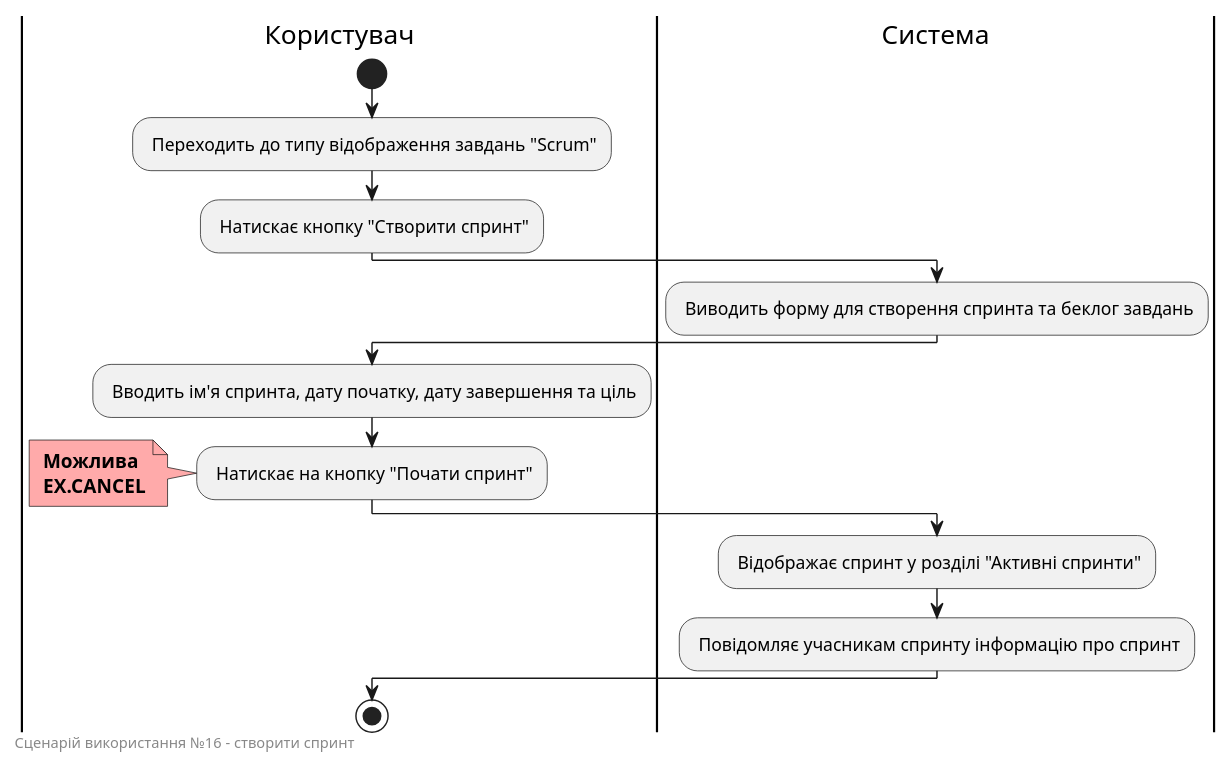
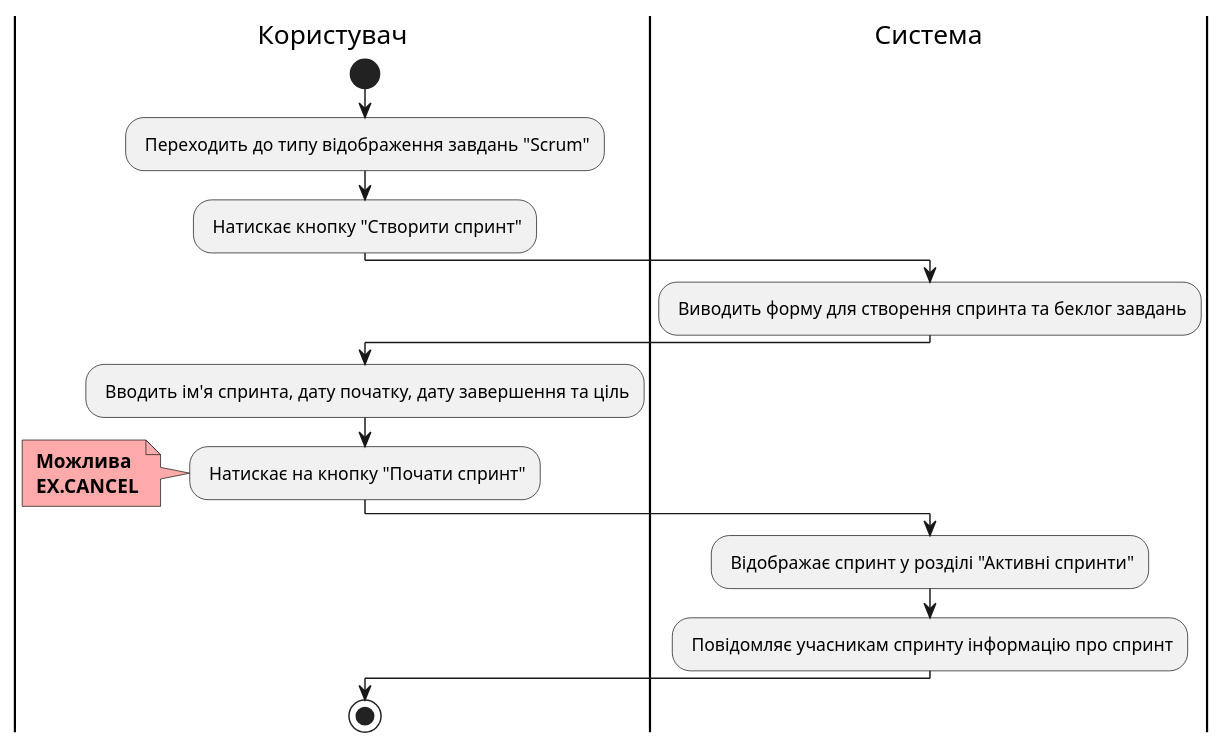
Diagram 14 of 15 in docs/use cases/README.md (edu-db/edu_db_labs), drawn with PlantUML before and after one commit. The commit also changed other lines of this file and 1 other file, not shown here.

```diff
--- a/docs/use cases/README.md
+++ b/docs/use cases/README.md
@@ -576,30 +639,26 @@
 @startuml
 
     |Користувач|
         start
         : Переходить до типу відображення завдань "Scrum";
         : Натискає кнопку "Cтворити спринт";
 
     |Система|
         : Виводить форму для створення спринта та беклог завдань;
 
     |Користувач|
         : Вводить ім'я спринта, дату початку, дату завершення та ціль;
         : Натискає на кнопку "Почати спринт";
         note left #ffaaaa
         <b> Можлива
         <b> EX.CANCEL
         end note
 
     |Система|
         : Відображає спринт у розділі "Активні спринти";
         : Повідомляє учасникам спринту інформацію про спринт;
   
     |Користувач|
         stop;
 
-    left footer
-        Сценарій використання №16 - створити спринт
-    end footer
-
 @enduml
```
